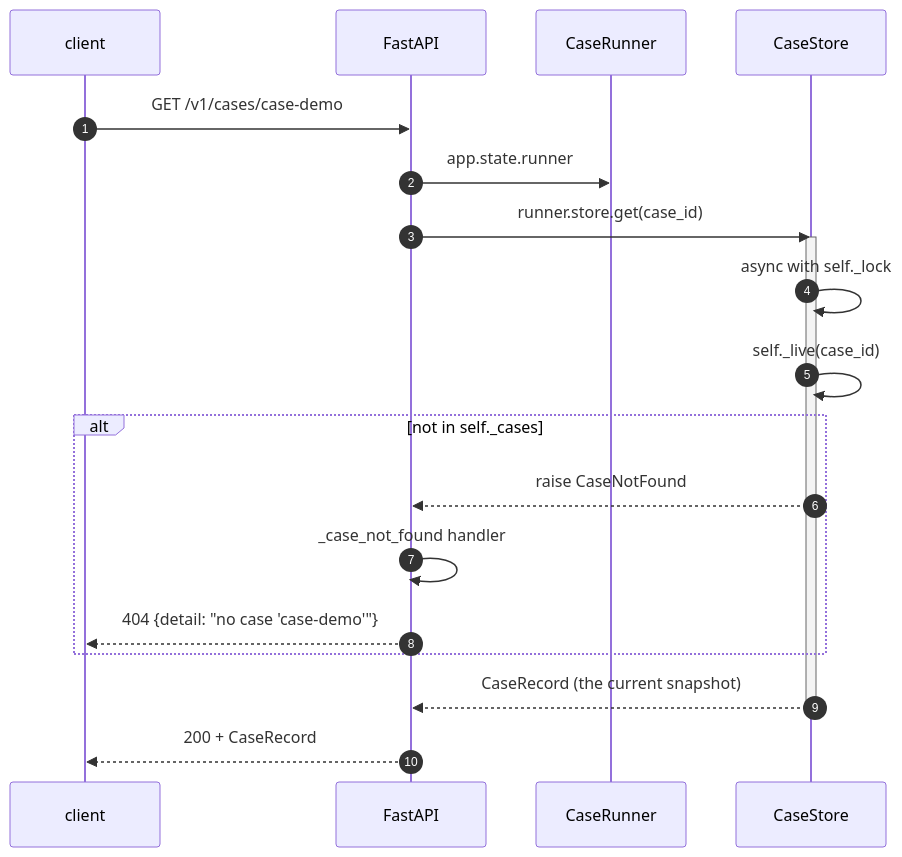
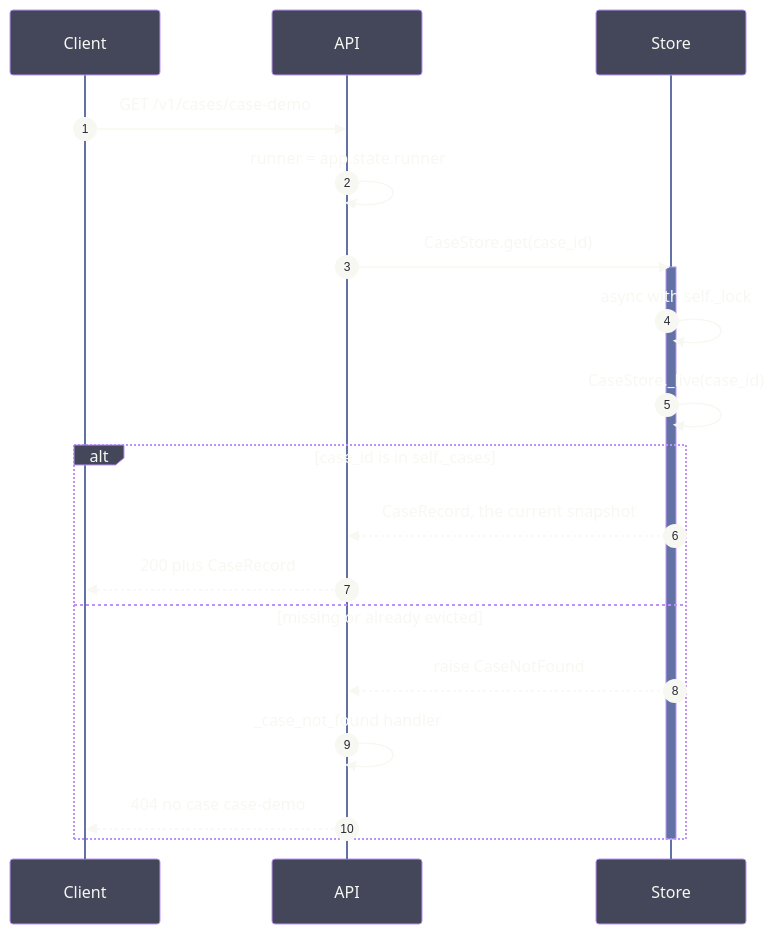
Diagram 20 of 39 in API_FLOW.md (selvakumarperumal/tfd_prototype), drawn with Mermaid before and after one commit. The commit also changed other lines of this file, not shown here.

Commit message:
Update API flow documentation

````diff
--- a/API_FLOW.md
+++ b/API_FLOW.md
@@ -479,23 +693,25 @@
 ```mermaid
+%%{init:{'theme':'base','themeVariables':{'darkMode':true,'background':'#282a36','mainBkg':'#44475a','primaryColor':'#44475a','primaryTextColor':'#f8f8f2','primaryBorderColor':'#bd93f9','lineColor':'#6272a4','textColor':'#f8f8f2','nodeBorder':'#bd93f9','clusterBkg':'#21222c','clusterBorder':'#6272a4','edgeLabelBackground':'#282a36','actorBkg':'#44475a','actorBorder':'#bd93f9','actorTextColor':'#f8f8f2','actorLineColor':'#6272a4','signalColor':'#f8f8f2','signalTextColor':'#f8f8f2','noteBkgColor':'#414458','noteBorderColor':'#ffb86c','noteTextColor':'#f8f8f2','activationBkgColor':'#6272a4','activationBorderColor':'#bd93f9','labelBoxBkgColor':'#44475a','labelBoxBorderColor':'#bd93f9','labelTextColor':'#f8f8f2','loopTextColor':'#f8f8f2','sequenceNumberColor':'#282a36'}}}%%
 sequenceDiagram
     autonumber
-    participant C as client
-    participant F as FastAPI
-    participant R as CaseRunner
-    participant S as CaseStore
+    participant Client
+    participant API
+    participant Store
 
-    C->>F: GET /v1/cases/case-demo
-    F->>R: app.state.runner
-    F->>S: runner.store.get(case_id)
-    activate S
-    S->>S: async with self._lock
-    S->>S: self._live(case_id)
-    alt not in self._cases
-        S-->>F: raise CaseNotFound
-        F->>F: _case_not_found handler
-        F-->>C: 404 {detail: "no case 'case-demo'"}
+    Client->>API: GET /v1/cases/case-demo
+    API->>API: runner = app.state.runner
+    API->>Store: CaseStore.get(case_id)
+    activate Store
+    Store->>Store: async with self._lock
+    Store->>Store: CaseStore._live(case_id)
+
+    alt case_id is in self._cases
+        Store-->>API: CaseRecord, the current snapshot
+        API-->>Client: 200 plus CaseRecord
+    else missing or already evicted
+        Store-->>API: raise CaseNotFound
+        API->>API: _case_not_found handler
+        API-->>Client: 404 no case case-demo
     end
-    S-->>F: CaseRecord (the current snapshot)
-    deactivate S
-    F-->>C: 200 + CaseRecord
+    deactivate Store
 ```
````
